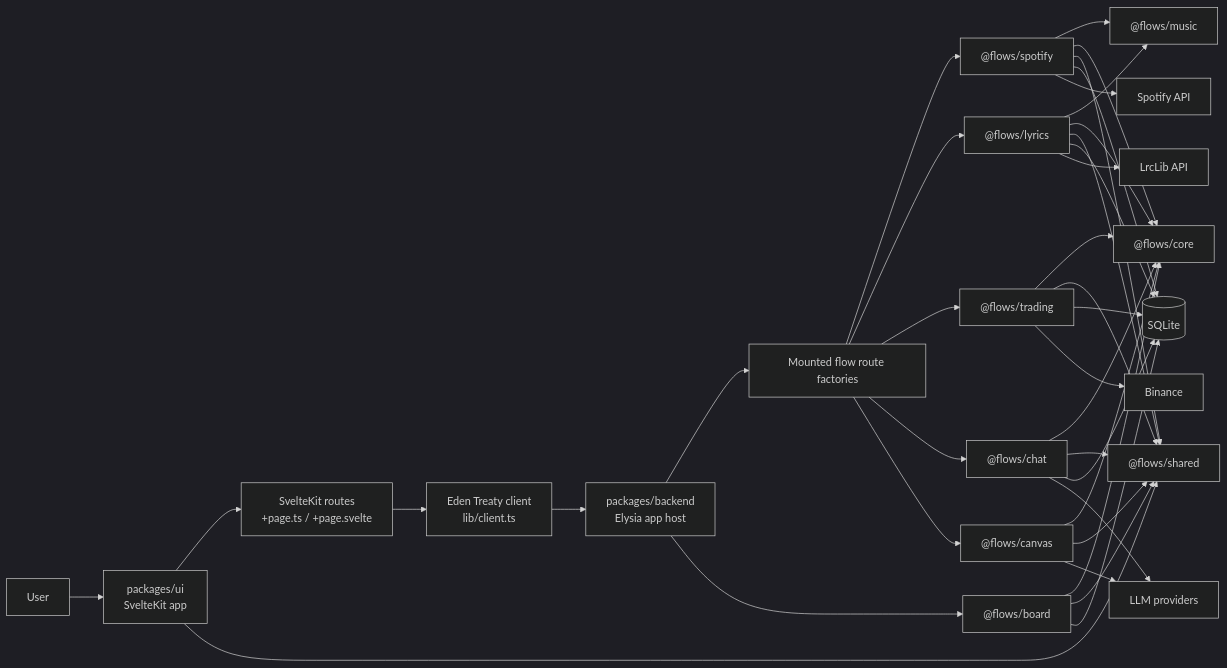
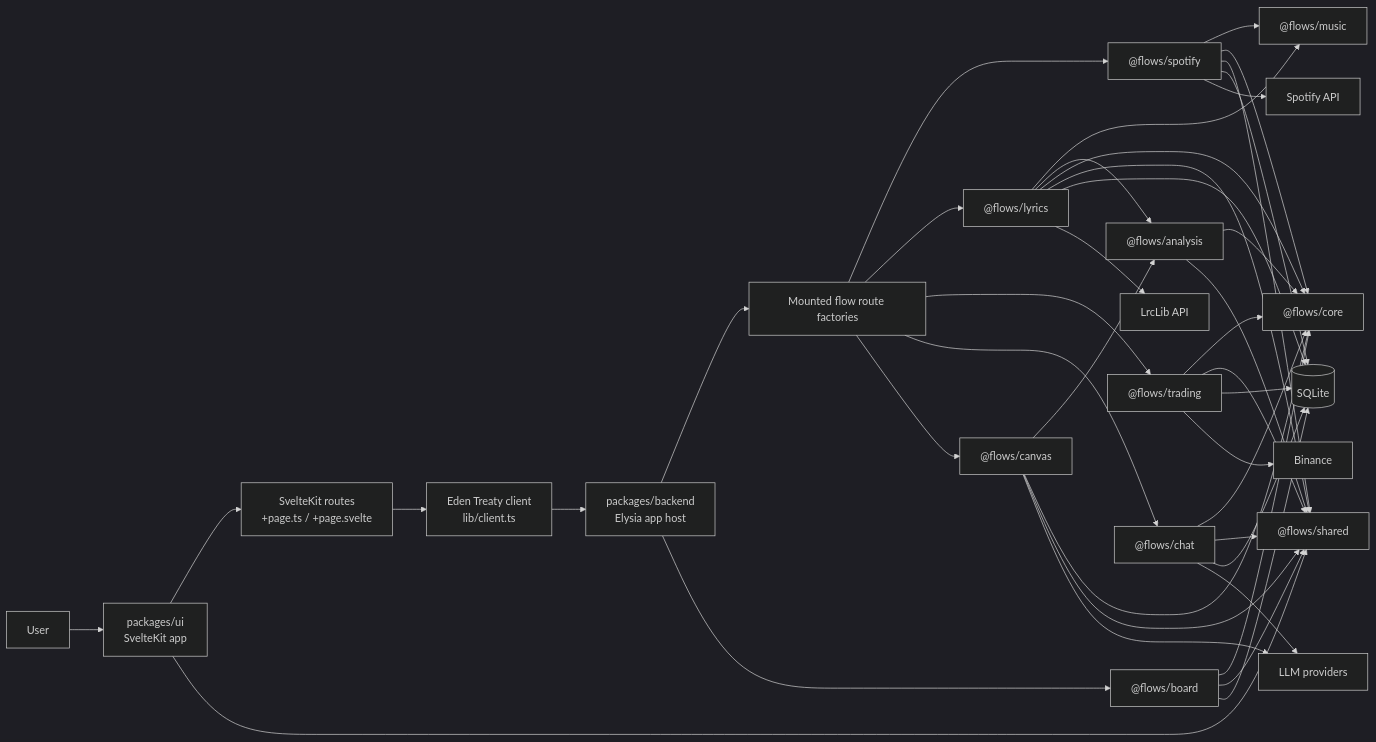
The first of 3 diagrams in docs/architecture/system-map.md (jorgesalica/flow-sample), drawn with Mermaid (dark theme) before and after one commit. The commit also changed other lines of this file and 41 other files, not shown here.

````diff
--- a/docs/architecture/system-map.md
+++ b/docs/architecture/system-map.md
@@ -23,45 +23,50 @@
 ```mermaid
 flowchart LR
     user["User"] --> ui["packages/ui\nSvelteKit app"]
     ui --> routes["SvelteKit routes\n+page.ts / +page.svelte"]
     routes --> eden["Eden Treaty client\nlib/client.ts"]
     eden --> host["packages/backend\nElysia app host"]
     host --> mounted["Mounted flow route factories"]
 
     mounted --> spotify["@flows/spotify"]
     mounted --> lyrics["@flows/lyrics"]
     mounted --> trading["@flows/trading"]
     mounted --> chat["@flows/chat"]
     mounted --> canvas["@flows/canvas"]
     host --> boardPkg["@flows/board"]
 
     spotify --> music["@flows/music"]
     lyrics --> music
 
-    spotify --> core["@flows/core"]
+    lyrics --> analysis["@flows/analysis"]
+    canvas --> analysis
+    analysis --> core["@flows/core"]
+    analysis --> shared["@flows/shared"]
+
+    spotify --> core
     lyrics --> core
     trading --> core
     chat --> core
     canvas --> core
     boardPkg --> core
 
     spotify --> shared["@flows/shared"]
     lyrics --> shared
     trading --> shared
     chat --> shared
     canvas --> shared
     boardPkg --> shared
     ui --> shared
 
     spotify --> sqlite[("SQLite")]
     lyrics --> sqlite
     trading --> sqlite
     chat --> sqlite
     boardPkg --> sqlite
 
     spotify --> spotifyApi["Spotify API"]
     lyrics --> lrcLib["LrcLib API"]
     trading --> binance["Binance"]
     chat --> llm["LLM providers"]
     canvas --> llm
 ```
````
